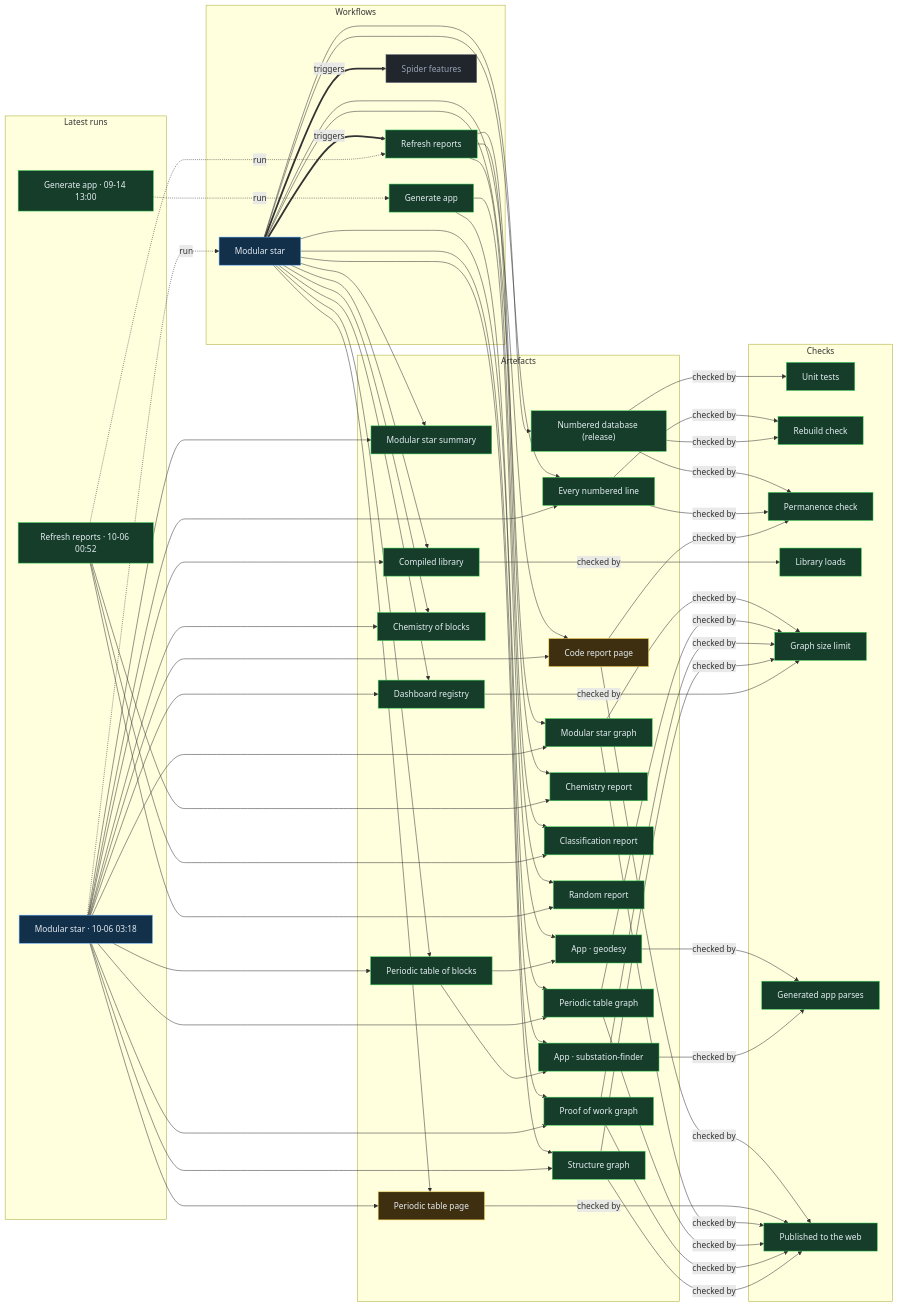
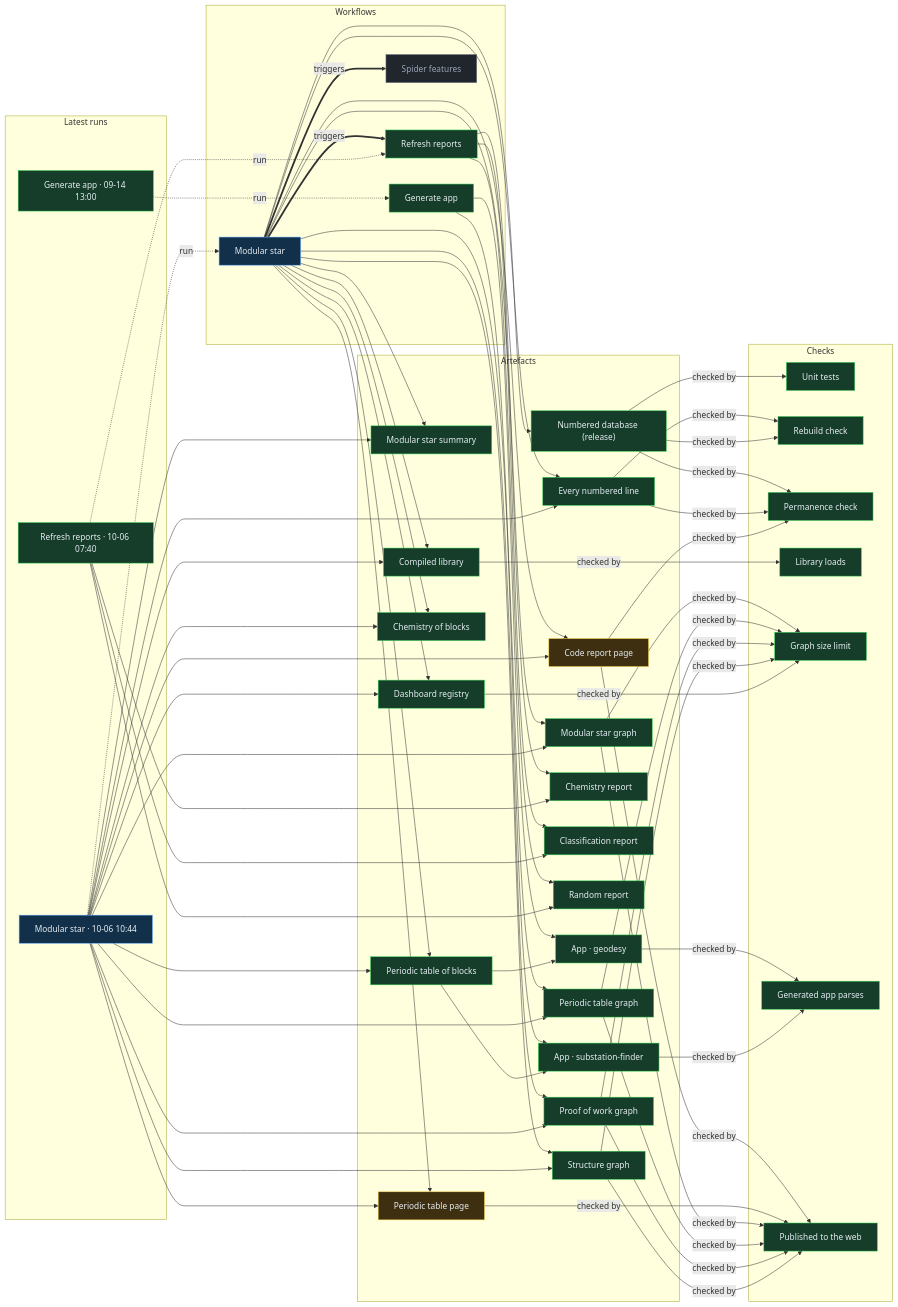
One commit to Ventusltd/stars changed the diagram in proof/PROOF.md. Above: the diagram before and after it, drawn with Mermaid. The commit also changed other lines of this file and 46 other files, not shown here.

Commit message:
Modular star 2026-10-06T10:47Z

```diff
--- a/proof/PROOF.md
+++ b/proof/PROOF.md
@@ -24,8 +24,8 @@
   n_wf_spider_features["Spider features"]:::off
   end
   subgraph g_runs["Latest runs"]
-  n_run_37408348374["Modular star · 10-06 03:18"]:::live
-  n_run_37396284637["Refresh reports · 10-06 00:52"]:::ok
+  n_run_37451802702["Modular star · 10-06 10:44"]:::live
+  n_run_37431109423["Refresh reports · 10-06 07:40"]:::ok
   n_run_34846587798["Generate app · 09-14 13:00"]:::ok
   end
   subgraph g_artefacts["Artefacts"]
@@ -59,39 +59,39 @@
   end
   n_wf_modular_star == triggers ==> n_wf_refresh
   n_wf_modular_star == triggers ==> n_wf_spider_features
-  n_run_37408348374 -. run .-> n_wf_modular_star
-  n_run_37396284637 -. run .-> n_wf_refresh
+  n_run_37451802702 -. run .-> n_wf_modular_star
+  n_run_37431109423 -. run .-> n_wf_refresh
   n_run_34846587798 -. run .-> n_wf_generate
   n_wf_modular_star --> n_art_summary
-  n_run_37408348374 --> n_art_summary
+  n_run_37451802702 --> n_art_summary
   n_wf_modular_star --> n_art_lines
-  n_run_37408348374 --> n_art_lines
+  n_run_37451802702 --> n_art_lines
   n_wf_modular_star --> n_art_code
-  n_run_37408348374 --> n_art_code
+  n_run_37451802702 --> n_art_code
   n_wf_modular_star --> n_art_modular_graph
-  n_run_37408348374 --> n_art_modular_graph
+  n_run_37451802702 --> n_art_modular_graph
   n_wf_modular_star --> n_art_blocks
-  n_run_37408348374 --> n_art_blocks
+  n_run_37451802702 --> n_art_blocks
   n_wf_modular_star --> n_art_table
-  n_run_37408348374 --> n_art_table
+  n_run_37451802702 --> n_art_table
   n_wf_modular_star --> n_art_blocks_graph
-  n_run_37408348374 --> n_art_blocks_graph
+  n_run_37451802702 --> n_art_blocks_graph
   n_wf_modular_star --> n_art_reactions
-  n_run_37408348374 --> n_art_reactions
+  n_run_37451802702 --> n_art_reactions
   n_wf_modular_star --> n_art_library
-  n_run_37408348374 --> n_art_library
+  n_run_37451802702 --> n_art_library
   n_wf_modular_star --> n_art_features
-  n_run_37408348374 --> n_art_features
+  n_run_37451802702 --> n_art_features
   n_wf_modular_star --> n_art_proof
-  n_run_37408348374 --> n_art_proof
+  n_run_37451802702 --> n_art_proof
   n_wf_modular_star --> n_art_structure
-  n_run_37408348374 --> n_art_structure
+  n_run_37451802702 --> n_art_structure
   n_wf_refresh --> n_art_chemistry
-  n_run_37396284637 --> n_art_chemistry
+  n_run_37431109423 --> n_art_chemistry
   n_wf_refresh --> n_art_vedic
-  n_run_37396284637 --> n_art_vedic
+  n_run_37431109423 --> n_art_vedic
   n_wf_refresh --> n_art_random
-  n_run_37396284637 --> n_art_random
+  n_run_37431109423 --> n_art_random
   n_wf_modular_star --> n_art_release
   n_wf_generate --> n_app_geodesy
   n_art_blocks --> n_app_geodesy
```
